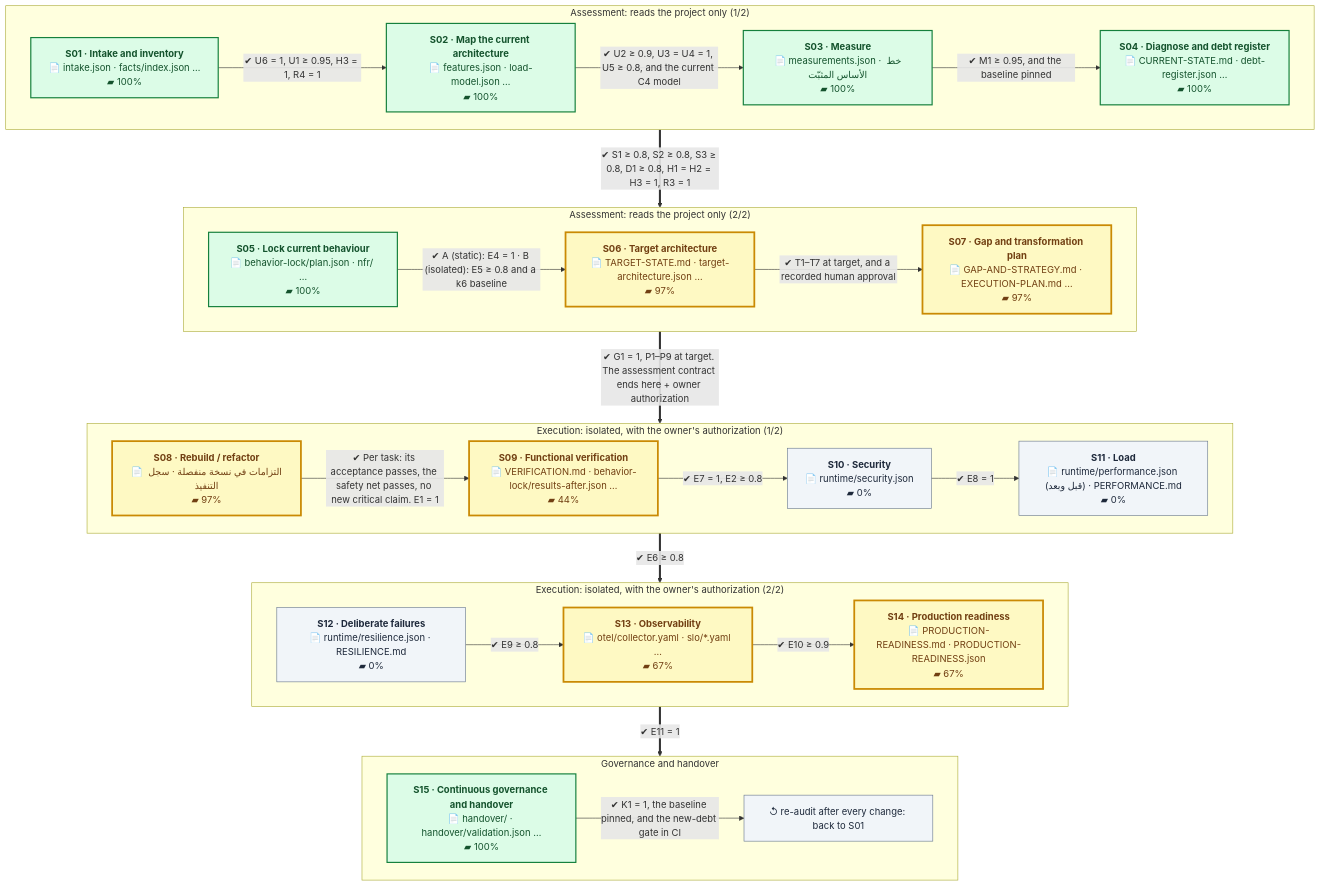
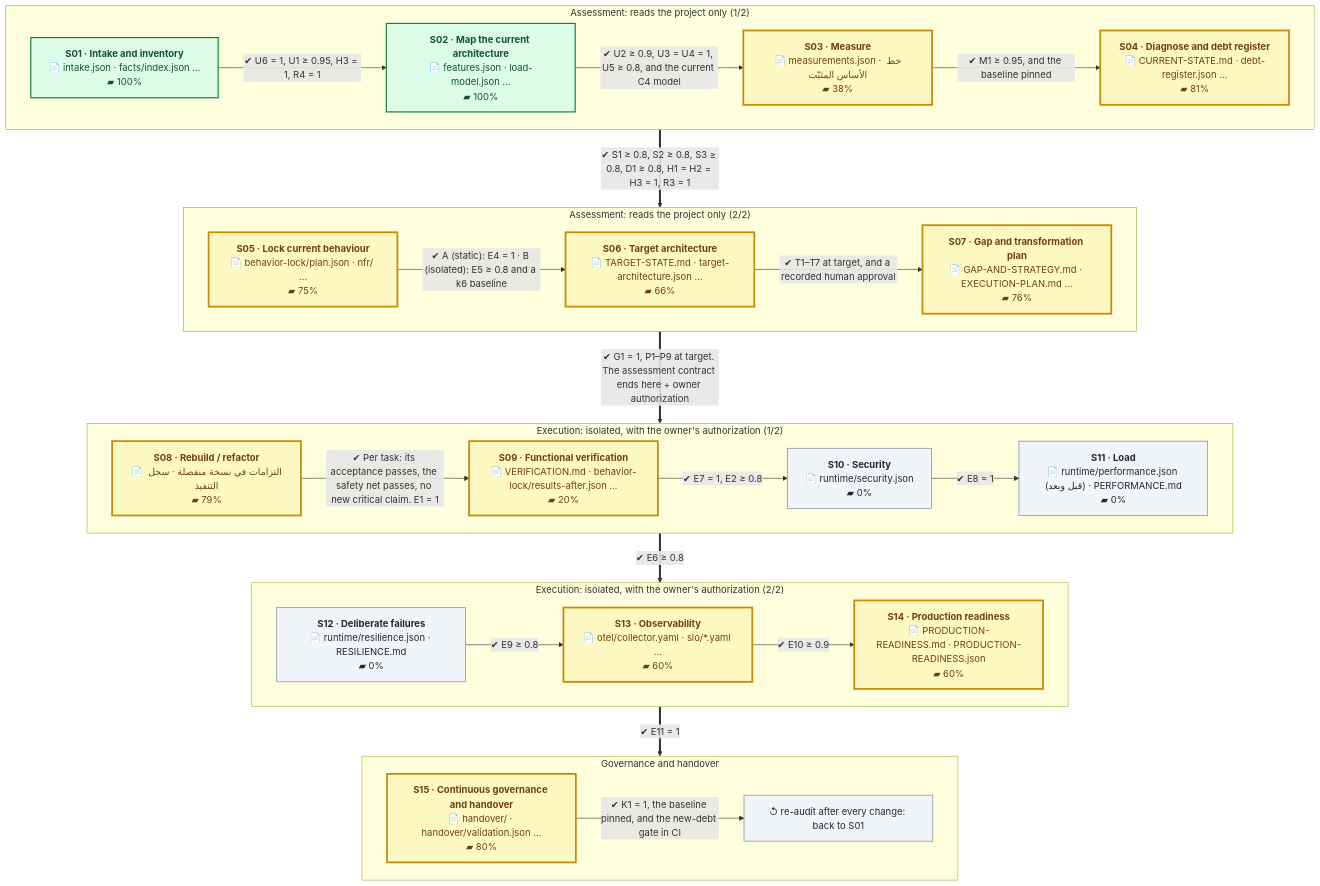
The first of 2 diagrams in README.en.md (eom1417/engineering-audit-os), drawn with Mermaid before and after one commit. The commit also changed other lines of this file and 5 other files, not shown here.

````diff
--- a/README.en.md
+++ b/README.en.md
@@ -52,54 +52,54 @@
 ```mermaid
 %%{init: {'flowchart': {'wrappingWidth': 260, 'nodeSpacing': 40, 'rankSpacing': 60}}}%%
 flowchart TB
     subgraph P1["Assessment: reads the project only (1/2)"]
         direction LR
         S01["<b>S01 · Intake and inventory</b><br/>📄 intake.json · facts/index.json …<br/>▰ 100%"]:::done
         S02["<b>S02 · Map the current architecture</b><br/>📄 features.json · load-model.json …<br/>▰ 100%"]:::done
-        S03["<b>S03 · Measure</b><br/>📄 measurements.json · خط الأساس المثبّت<br/>▰ 100%"]:::done
-        S04["<b>S04 · Diagnose and debt register</b><br/>📄 CURRENT-STATE.md · debt-register.json …<br/>▰ 100%"]:::done
+        S03["<b>S03 · Measure</b><br/>📄 measurements.json · خط الأساس المثبّت<br/>▰ 38%"]:::current
+        S04["<b>S04 · Diagnose and debt register</b><br/>📄 CURRENT-STATE.md · debt-register.json …<br/>▰ 81%"]:::current
         S01 -->|"✔ U6 = 1, U1 ≥ 0.95, H3 = 1, R4 = 1"| S02
         S02 -->|"✔ U2 ≥ 0.9, U3 = U4 = 1, U5 ≥ 0.8, and the current C4 model"| S03
         S03 -->|"✔ M1 ≥ 0.95, and the baseline pinned"| S04
     end
     subgraph P2["Assessment: reads the project only (2/2)"]
         direction LR
-        S05["<b>S05 · Lock current behaviour</b><br/>📄 behavior-lock/plan.json · nfr/ …<br/>▰ 100%"]:::done
-        S06["<b>S06 · Target architecture</b><br/>📄 TARGET-STATE.md · target-architecture.json …<br/>▰ 97%"]:::current
-        S07["<b>S07 · Gap and transformation plan</b><br/>📄 GAP-AND-STRATEGY.md · EXECUTION-PLAN.md …<br/>▰ 97%"]:::current
+        S05["<b>S05 · Lock current behaviour</b><br/>📄 behavior-lock/plan.json · nfr/ …<br/>▰ 75%"]:::current
+        S06["<b>S06 · Target architecture</b><br/>📄 TARGET-STATE.md · target-architecture.json …<br/>▰ 66%"]:::current
+        S07["<b>S07 · Gap and transformation plan</b><br/>📄 GAP-AND-STRATEGY.md · EXECUTION-PLAN.md …<br/>▰ 76%"]:::current
         S05 -->|"✔ A (static): E4 = 1 · B (isolated): E5 ≥ 0.8 and a k6 baseline"| S06
         S06 -->|"✔ T1–T7 at target, and a recorded human approval"| S07
     end
     subgraph P3["Execution: isolated, with the owner's authorization (1/2)"]
         direction LR
-        S08["<b>S08 · Rebuild / refactor</b><br/>📄 التزامات في نسخة منفصلة · سجل التنفيذ<br/>▰ 97%"]:::current
-        S09["<b>S09 · Functional verification</b><br/>📄 VERIFICATION.md · behavior-lock/results-after.json …<br/>▰ 44%"]:::current
+        S08["<b>S08 · Rebuild / refactor</b><br/>📄 التزامات في نسخة منفصلة · سجل التنفيذ<br/>▰ 79%"]:::current
+        S09["<b>S09 · Functional verification</b><br/>📄 VERIFICATION.md · behavior-lock/results-after.json …<br/>▰ 20%"]:::current
         S10["<b>S10 · Security</b><br/>📄 runtime/security.json<br/>▰ 0%"]:::next
         S11["<b>S11 · Load</b><br/>📄 runtime/performance.json (قبل وبعد) · PERFORMANCE.md<br/>▰ 0%"]:::next
         S08 -->|"✔ Per task: its acceptance passes, the safety net passes, no new critical claim. E1 = 1"| S09
         S09 -->|"✔ E7 = 1, E2 ≥ 0.8"| S10
         S10 -->|"✔ E8 = 1"| S11
     end
     subgraph P4["Execution: isolated, with the owner's authorization (2/2)"]
         direction LR
         S12["<b>S12 · Deliberate failures</b><br/>📄 runtime/resilience.json · RESILIENCE.md<br/>▰ 0%"]:::next
-        S13["<b>S13 · Observability</b><br/>📄 otel/collector.yaml · slo/*.yaml …<br/>▰ 67%"]:::current
-        S14["<b>S14 · Production readiness</b><br/>📄 PRODUCTION-READINESS.md · PRODUCTION-READINESS.json<br/>▰ 67%"]:::current
+        S13["<b>S13 · Observability</b><br/>📄 otel/collector.yaml · slo/*.yaml …<br/>▰ 60%"]:::current
+        S14["<b>S14 · Production readiness</b><br/>📄 PRODUCTION-READINESS.md · PRODUCTION-READINESS.json<br/>▰ 60%"]:::current
         S12 -->|"✔ E9 ≥ 0.8"| S13
         S13 -->|"✔ E10 ≥ 0.9"| S14
     end
     subgraph P5["Governance and handover"]
         direction LR
-        S15["<b>S15 · Continuous governance and handover</b><br/>📄 handover/ · handover/validation.json …<br/>▰ 100%"]:::done
+        S15["<b>S15 · Continuous governance and handover</b><br/>📄 handover/ · handover/validation.json …<br/>▰ 80%"]:::current
         LOOP["↺ re-audit after every change: back to S01"]:::next
         S15 -->|"✔ K1 = 1, the baseline pinned, and the new-debt gate in CI"| LOOP
     end
     P1 ==>|"✔ S1 ≥ 0.8, S2 ≥ 0.8, S3 ≥ 0.8, D1 ≥ 0.8, H1 = H2 = H3 = 1, R3 = 1"| P2
     P2 ==>|"✔ G1 = 1, P1–P9 at target. The assessment contract ends here + owner authorization"| P3
     P3 ==>|"✔ E6 ≥ 0.8"| P4
     P4 ==>|"✔ E11 = 1"| P5
     classDef done fill:#dcfce7,stroke:#15803d,color:#14532d,stroke-width:2px
     classDef current fill:#fef9c3,stroke:#ca8a04,color:#713f12,stroke-width:3px
     classDef next fill:#f1f5f9,stroke:#64748b,color:#1e293b
     classDef owner fill:#fee2e2,stroke:#b91c1c,color:#7f1d1d,stroke-dasharray:5 3
 ```
````
